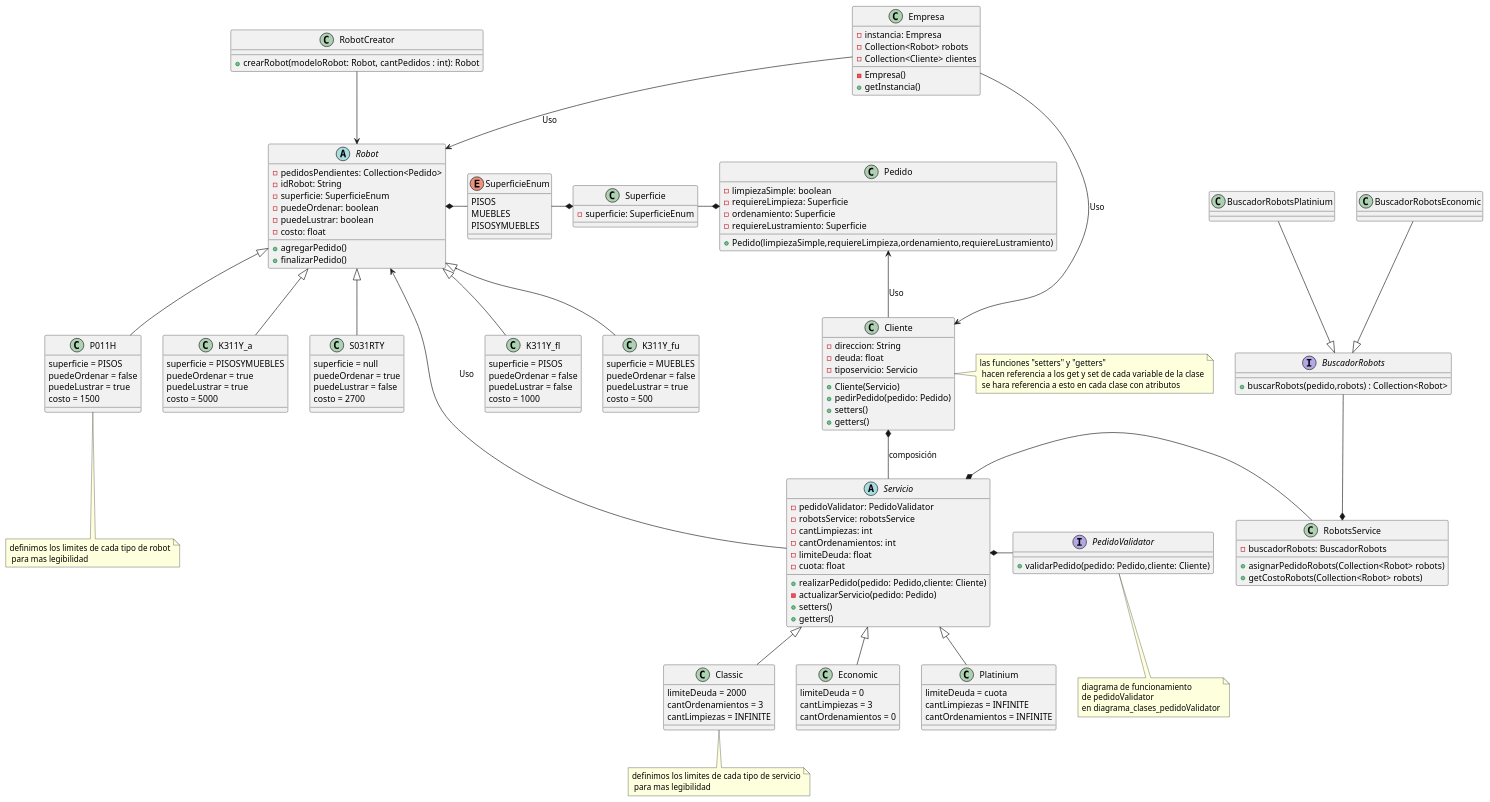
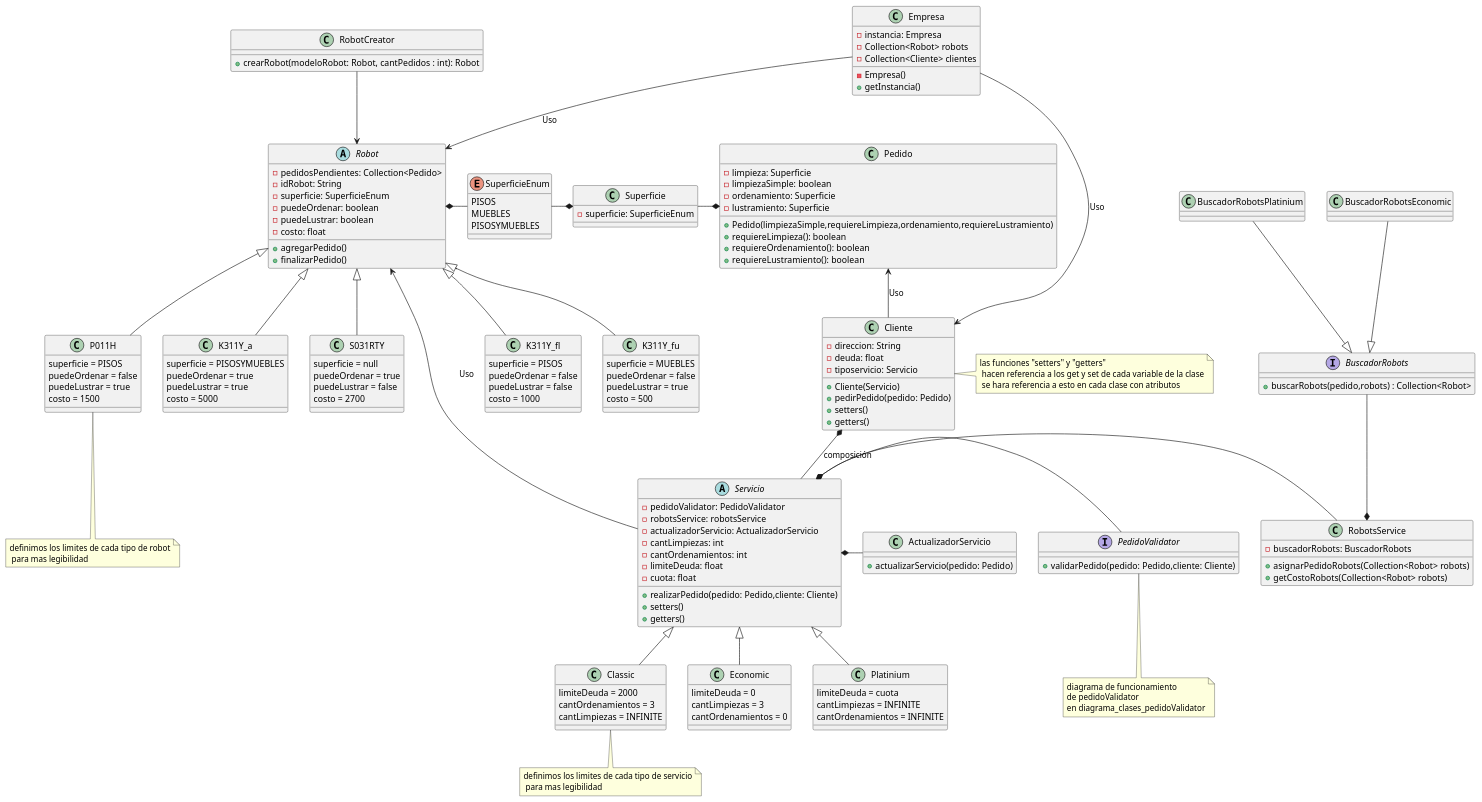
The diagram in src/main/java/com/grupo4/trabajo/Diagramas/diagrama_clases.puml (bacarvalho/TrabajoPractico), drawn with PlantUML before and after one commit. The commit also changed 2 other files, not shown here.

Commit message:
implementacion de ActualizadorServicio en el diagrama de clases

```diff
--- a/src/main/java/com/grupo4/trabajo/Diagramas/diagrama_clases.puml
+++ b/src/main/java/com/grupo4/trabajo/Diagramas/diagrama_clases.puml
@@ -1,183 +1,191 @@
 @startuml
 'https://plantuml.com/class-diagram
 
 
 class Cliente{
 -direccion: String
 -deuda: float
 -tiposervicio: Servicio
 
 +Cliente(Servicio)
 +pedirPedido(pedido: Pedido)
 +setters()
 +getters()
 }
 
 class Empresa{
 -instancia: Empresa
 -Collection<Robot> robots
 -Collection<Cliente> clientes
 
 -Empresa()
 +getInstancia()
 }
 
 
 abstract class Servicio{
 - pedidoValidator: PedidoValidator
 - robotsService: robotsService
+- actualizadorServicio: ActualizadorServicio
 - cantLimpiezas: int
 - cantOrdenamientos: int
 - limiteDeuda: float
 -cuota: float
 
 +realizarPedido(pedido: Pedido,cliente: Cliente)
--actualizarServicio(pedido: Pedido)
 +setters()
 +getters()
 }
 
 abstract class Robot{
 - pedidosPendientes: Collection<Pedido>
 - idRobot: String
 - superficie: SuperficieEnum
 - puedeOrdenar: boolean
 - puedeLustrar: boolean
 - costo: float
 
 +agregarPedido()
 +finalizarPedido()
 }
 
 class K311Y_fl{
  superficie = PISOS
  puedeOrdenar = false
  puedeLustrar = false
  costo = 1000
 }
 class K311Y_fu{
 superficie = MUEBLES
  puedeOrdenar = false
  puedeLustrar = true
  costo = 500
 }
 class P011H{
 superficie = PISOS
  puedeOrdenar = false
  puedeLustrar = true
  costo = 1500
 }
 class K311Y_a{
  superficie = PISOSYMUEBLES
  puedeOrdenar = true
  puedeLustrar = true
  costo = 5000
 }
 class S031RTY{
 superficie = null
  puedeOrdenar = true
  puedeLustrar = false
  costo = 2700
 }
 
+class ActualizadorServicio{
++actualizarServicio(pedido: Pedido)
+}
+
 class Platinium{
 limiteDeuda = cuota
 cantLimpiezas = INFINITE
 cantOrdenamientos = INFINITE
 }
 class Classic{
 limiteDeuda = 2000
 cantOrdenamientos = 3
 cantLimpiezas = INFINITE
 }
 
 class Economic{
 limiteDeuda = 0
 cantLimpiezas = 3
 cantOrdenamientos = 0
 }
 
 class RobotCreator{
     +crearRobot(modeloRobot: Robot, cantPedidos : int): Robot
 }
 
 
 class RobotsService{
     -buscadorRobots: BuscadorRobots
     +asignarPedidoRobots(Collection<Robot> robots)
     +getCostoRobots(Collection<Robot> robots)
 }
 
 interface BuscadorRobots{
 +buscarRobots(pedido,robots) : Collection<Robot>
 }
 
 class BuscadorRobotsEconomic{
 
 }
 
 class BuscadorRobotsPlatinium{
 }
 
 class Pedido{
+- limpieza: Superficie
 - limpiezaSimple: boolean
-- requiereLimpieza: Superficie
 - ordenamiento: Superficie
-- requiereLustramiento: Superficie
+- lustramiento: Superficie
 
 +Pedido(limpiezaSimple,requiereLimpieza,ordenamiento,requiereLustramiento)
++requiereLimpieza(): boolean
++requiereOrdenamiento(): boolean
++requiereLustramiento(): boolean
 }
 
 enum SuperficieEnum{
 PISOS
 MUEBLES
 PISOSYMUEBLES
 }
 
 class Superficie{
 - superficie: SuperficieEnum
 }
 
 Robot <|-- K311Y_fl
 Robot <|-- K311Y_fu
 Robot <|-- P011H
 Robot <|-- K311Y_a
 Robot <|-- S031RTY
 
 Servicio <|-- Platinium
 Servicio <|-- Classic
 Servicio <|-- Economic
 
 interface PedidoValidator{
 +validarPedido(pedido: Pedido,cliente: Cliente)
 }
 
 Robot <-- Servicio : Uso
 PedidoValidator -left-* Servicio
+ActualizadorServicio -left-* Servicio
 RobotsService -left-* Servicio
 Pedido <--  Cliente : Uso
 
 RobotCreator --> Robot
 RobotsService *-up- BuscadorRobots
 BuscadorRobots <|-up- BuscadorRobotsEconomic
 BuscadorRobots <|-up- BuscadorRobotsPlatinium
 
 Cliente <-up- Empresa  : Uso
 
 Robot <-up-  Empresa : Uso
 
 Cliente *--  Servicio : composición
 
 Superficie *-left- SuperficieEnum
 Robot *-right- SuperficieEnum
 Pedido *-left- Superficie
 
 note bottom of Classic : definimos los limites de cada tipo de servicio\n para mas legibilidad
 note bottom of P011H : definimos los limites de cada tipo de robot\n para mas legibilidad
 note right of Cliente : las funciones "setters" y "getters" \n hacen referencia a los get y set de cada variable de la clase\n se hara referencia a esto en cada clase con atributos
 note bottom of PedidoValidator
 diagrama de funcionamiento
 de pedidoValidator
 en diagrama_clases_pedidoValidator
 end note
 @enduml
```
